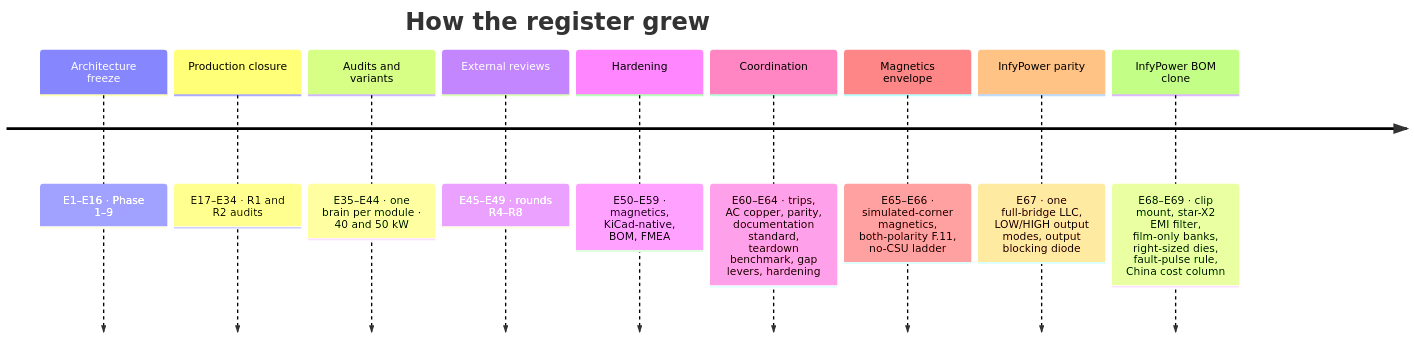
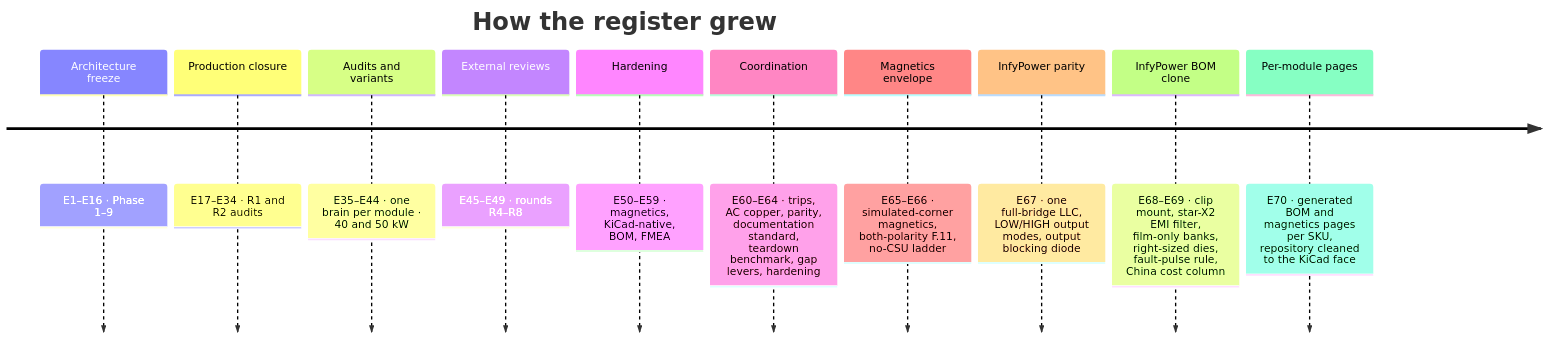
The diagram in docs/assumptions.md (vectivolt/DC-Modules), drawn with Mermaid before and after one commit. The commit also changed other lines of this file and 222 other files, not shown here.

````diff
--- a/docs/assumptions.md
+++ b/docs/assumptions.md
@@ -38,13 +38,14 @@
 ```mermaid
 timeline
   title How the register grew
   Architecture freeze : E1–E16 · Phase 1–9
   Production closure : E17–E34 · R1 and R2 audits
   Audits and variants : E35–E44 · one brain per module · 40 and 50 kW
   External reviews : E45–E49 · rounds R4–R8
   Hardening : E50–E59 · magnetics, KiCad-native, BOM, FMEA
   Coordination : E60–E64 · trips, AC copper, parity, documentation standard, teardown benchmark, gap levers, hardening
   Magnetics envelope : E65–E66 · simulated-corner magnetics, both-polarity F.11, no-CSU ladder
   InfyPower parity : E67 · one full-bridge LLC, LOW/HIGH output modes, output blocking diode
   InfyPower BOM clone : E68–E69 · clip mount, star-X2 EMI filter, film-only banks, right-sized dies, fault-pulse rule, China cost column
+  Per-module pages : E70 · generated BOM and magnetics pages per SKU, repository cleaned to the KiCad face
 ```
````
